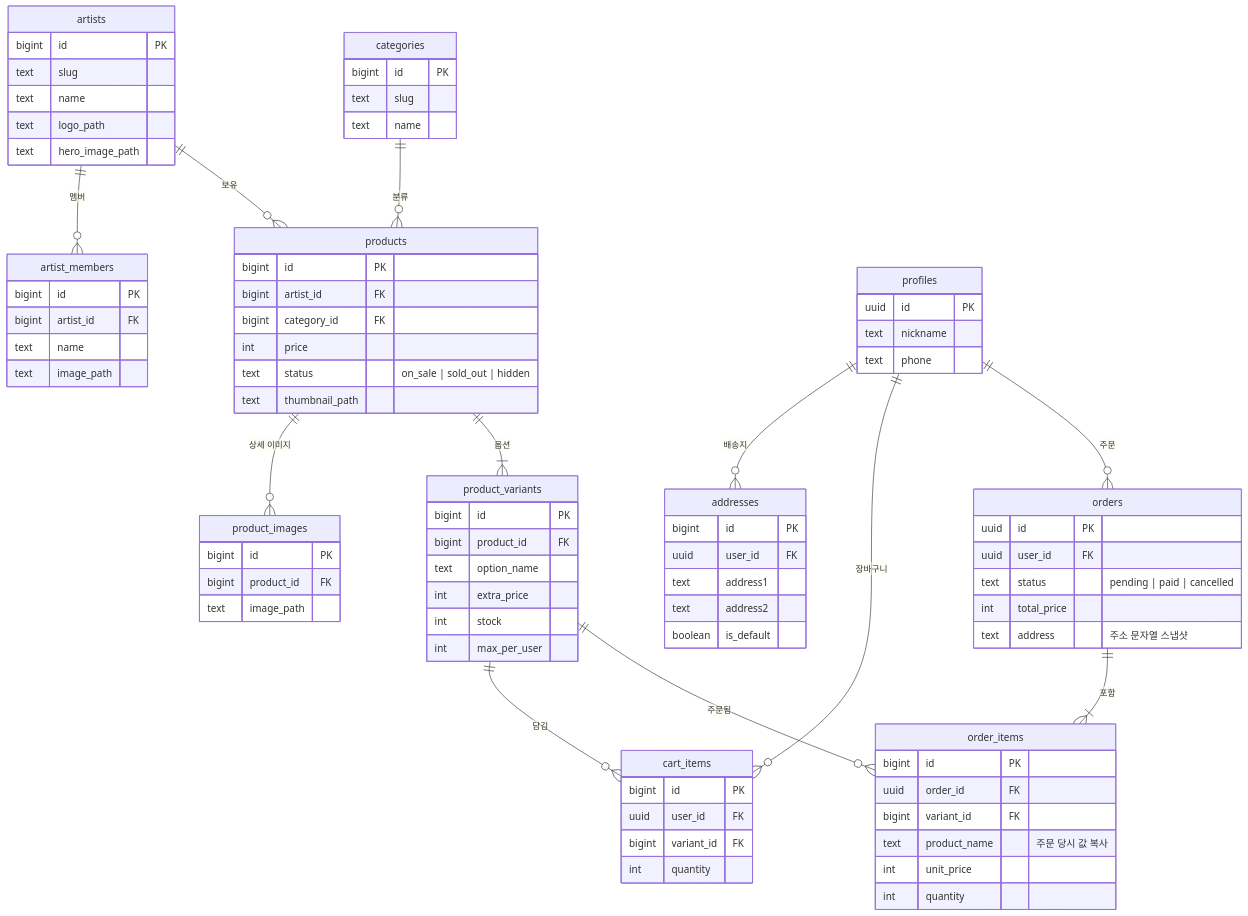
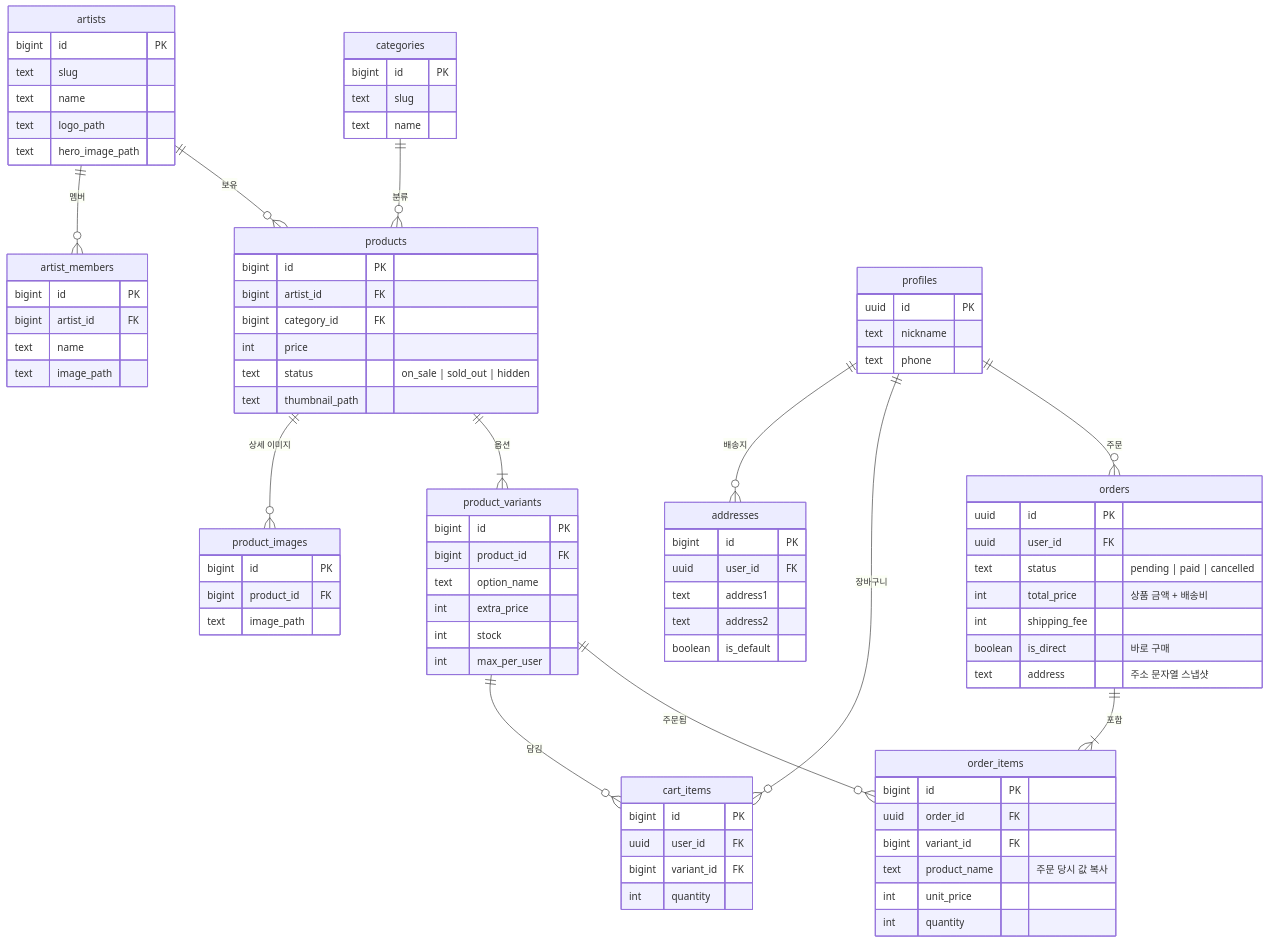
The diagram in README.md (hiju200208-png/KANT_MOA_develop), drawn with Mermaid before and after one commit. The commit also changed other lines of this file and 18 other files, not shown here.

```diff
--- a/README.md
+++ b/README.md
@@ -326,7 +339,9 @@
         uuid id PK
         uuid user_id FK
         text status "pending | paid | cancelled"
-        int total_price
+        int total_price "상품 금액 + 배송비"
+        int shipping_fee
+        boolean is_direct "바로 구매"
         text address "주소 문자열 스냅샷"
     }
     order_items {
```
